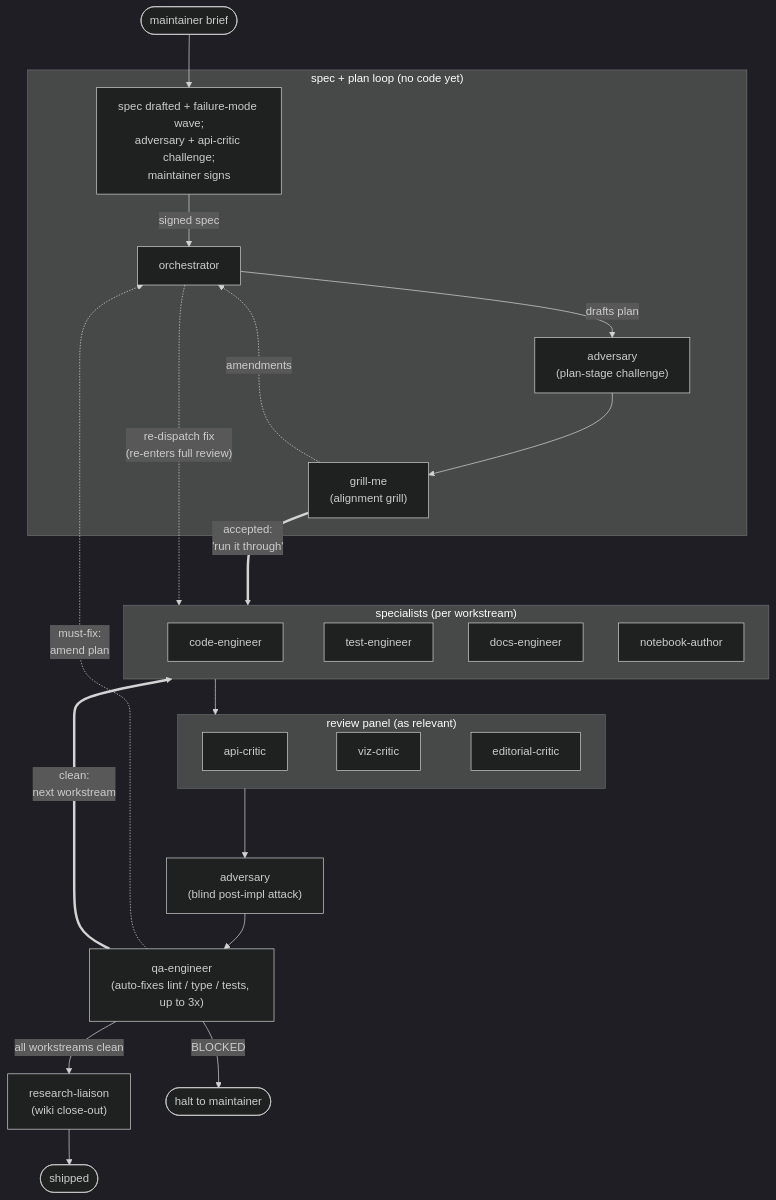
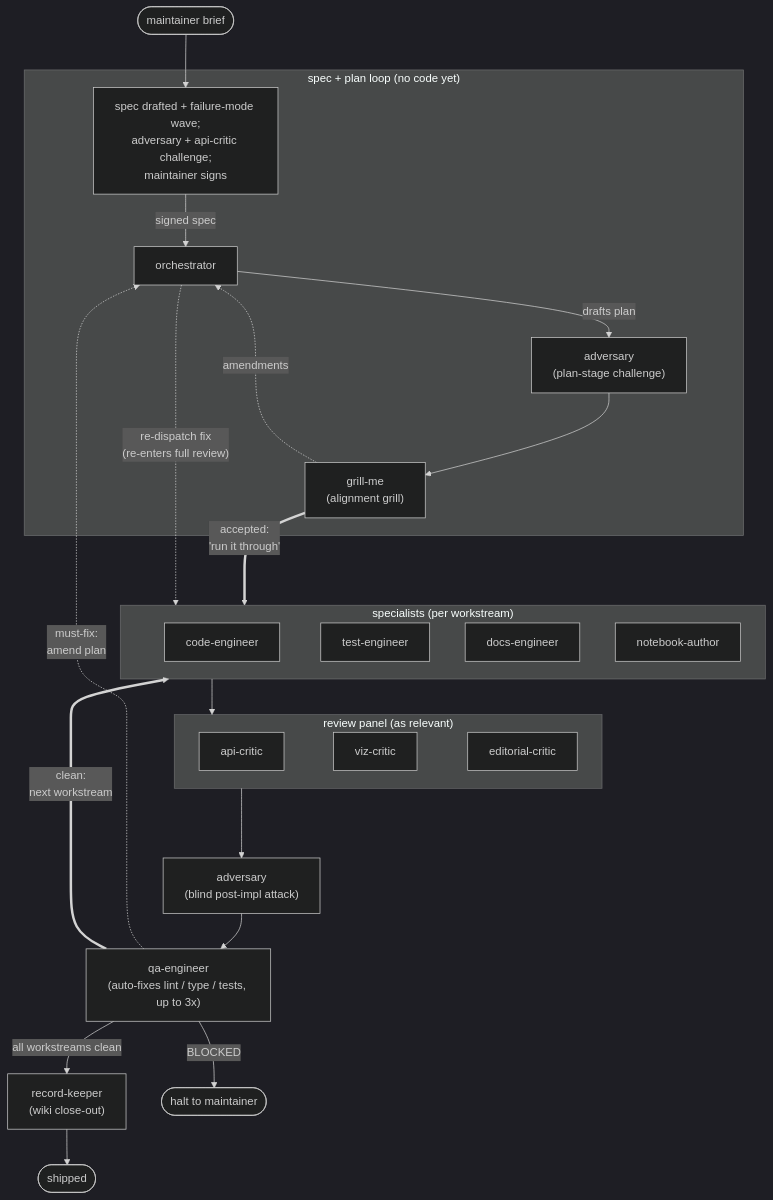
One commit to gjkoplik/hiveplotlib-agent-harness changed the second of 2 diagrams in README.md. Above: the diagram before and after it, drawn with Mermaid (dark theme). The commit also changed other lines of this file and 16 other files, not shown here.

Commit message:
record keeper rename

````diff
--- a/README.md
+++ b/README.md
@@ -49,47 +49,47 @@
 ```mermaid
 flowchart TD
     M([maintainer brief]) --> SIGN
 
     subgraph PLAN["spec + plan loop (no code yet)"]
         SIGN["spec drafted + failure-mode wave;<br/>adversary + api-critic challenge;<br/>maintainer signs"] -- "signed spec" --> ORCH[orchestrator]
         ORCH -- "drafts plan" --> ADV1["adversary<br/>(plan-stage challenge)"]
         ADV1 --> GRILL["grill-me<br/>(alignment grill)"]
         GRILL -. "amendments" .-> ORCH
     end
 
     subgraph SPEC["specialists (per workstream)"]
         CE[code-engineer]
         TE[test-engineer]
         DE[docs-engineer]
         NA[notebook-author]
     end
 
     subgraph CRIT["review panel (as relevant)"]
         AC[api-critic]
         VC[viz-critic]
         EC[editorial-critic]
     end
 
     ADV2["adversary<br/>(blind post-impl attack)"]
     QA["qa-engineer<br/>(auto-fixes lint / type / tests, up to 3x)"]
 
     GRILL == "accepted:<br/>'run it through'" ==> SPEC
     SPEC --> CRIT
     CRIT --> ADV2
     ADV2 --> QA
-    QA -- "all workstreams clean" --> RL["research-liaison<br/>(wiki close-out)"]
+    QA -- "all workstreams clean" --> RL["record-keeper<br/>(wiki close-out)"]
     QA -- "BLOCKED" --> HALT([halt to maintainer])
     RL --> DONE([shipped])
 
     GRILL ~~~ CE
     GRILL ~~~ TE
     GRILL ~~~ DE
     GRILL ~~~ NA
     CE ~~~ AC
     TE ~~~ VC
     DE ~~~ EC
 
     QA == "clean:<br/>next workstream" ==> SPEC
     QA -. "must-fix:<br/>amend plan" .-> ORCH
     ORCH -. "re-dispatch fix<br/>(re-enters full review)" .-> SPEC
 ```
````
